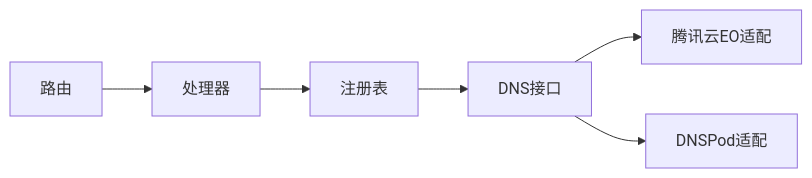
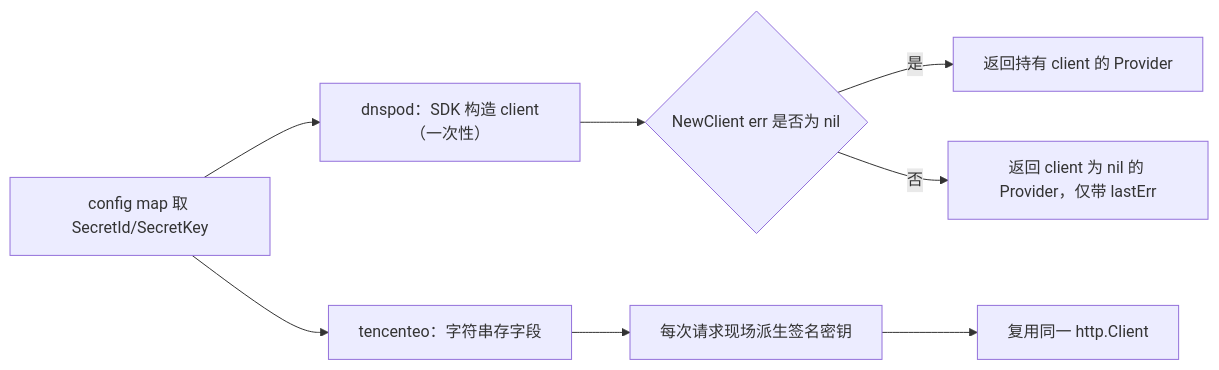
Before and after one commit to x01n/dnsplane: the fourth of 7 diagrams in docs/DNS管理功能/支持的DNS服务商/腾讯云DNS.md, drawn with Mermaid. The commit also changed other lines of this file and 326 other files, not shown here.

````diff
--- a/docs/DNS管理功能/支持的DNS服务商/腾讯云DNS.md
+++ b/docs/DNS管理功能/支持的DNS服务商/腾讯云DNS.md
@@ -220,8 +198,10 @@
 ```mermaid
-graph LR
-Router["路由"] --> Handler["处理器"]
-Handler --> Registry["注册表"]
-Registry --> IFace["DNS接口"]
-IFace --> TE["腾讯云EO适配"]
-IFace --> DP["DNSPod适配"]
+flowchart LR
+    A["config map 取 SecretId/SecretKey"] --> B1["dnspod：SDK 构造 client（一次性）"]
+    B1 --> C1{"NewClient err 是否为 nil"}
+    C1 -->|是| D1["返回持有 client 的 Provider"]
+    C1 -->|否| E1["返回 client 为 nil 的 Provider，仅带 lastErr"]
+    A --> B2["tencenteo：字符串存字段"]
+    B2 --> C2["每次请求现场派生签名密钥"]
+    C2 --> D2["复用同一 http.Client"]
 ```
````
